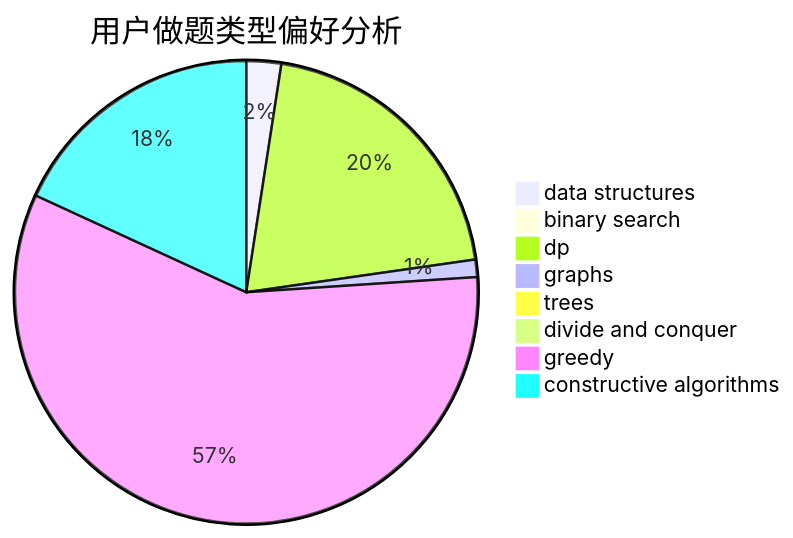
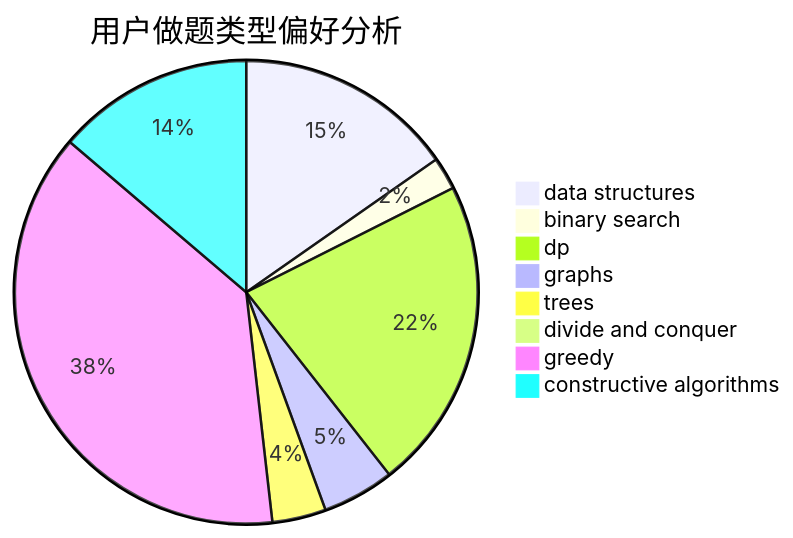
One commit to sherpahu/cfrs.github.io changed the second of 3 diagrams in docs/user/u430.md. Above: the diagram before and after it, drawn with Mermaid. The commit also changed other lines of this file and 2770 other files, not shown here.

````diff
--- a/docs/user/u430.md
+++ b/docs/user/u430.md
@@ -23,11 +23,11 @@
 ```mermaid
 pie title 用户做题类型偏好分析
-    "data structures" :  26
-    "binary search" :  2
-    "dp" :  217
-    "graphs" :  13
-    "trees" :  7
-    "divide and conquer" :  0
-    "greedy" :  619
-    "constructive algorithms" :  194
+    "data structures" :  322
+    "binary search" :  48
+    "dp" :  460
+    "graphs" :  106
+    "trees" :  79
+    "divide and conquer" :  2
+    "greedy" :  801
+    "constructive algorithms" :  290
 ```
````
